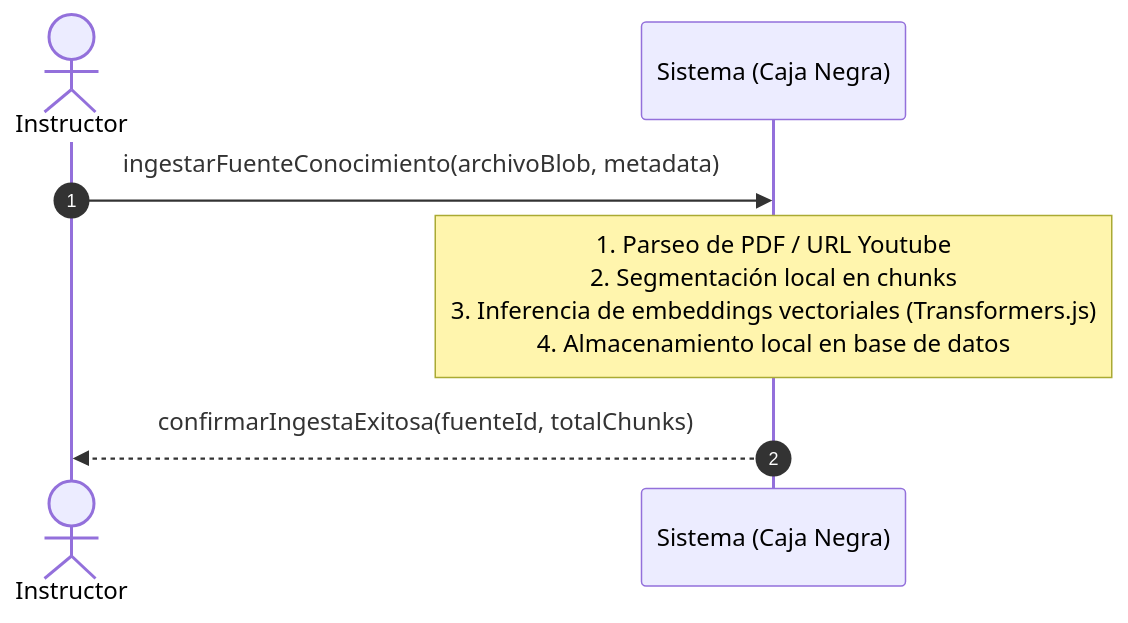
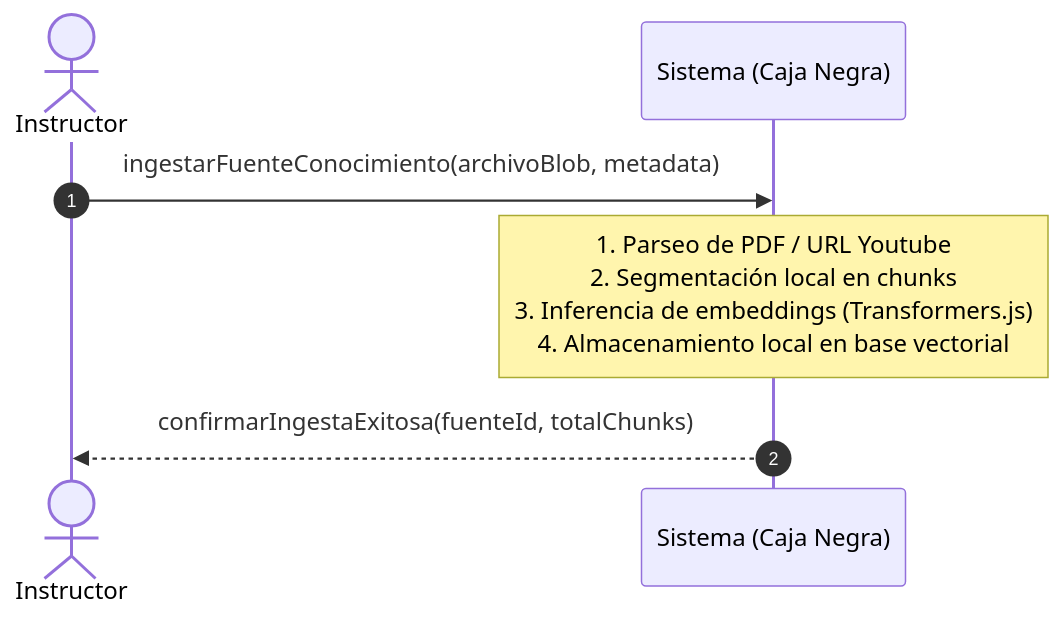
One commit to Tsmrain/Documentacion changed the fourth of 11 diagrams in README.md. Above: the diagram before and after it, drawn with Mermaid. The commit also changed other lines of this file, not shown here.

Commit message:
docs: refine documentation to clarify RAG implementation, pedagogy, and system architecture for OpenBJJ

````diff
--- a/README.md
+++ b/README.md
@@ -777,10 +765,10 @@
 ```mermaid
 sequenceDiagram
     autonumber
     actor Instructor
     participant Sistema as Sistema (Caja Negra)
     
     Instructor->>Sistema: ingestarFuenteConocimiento(archivoBlob, metadata)
-    Note over Sistema: 1. Parseo de PDF / URL Youtube<br/>2. Segmentación local en chunks<br/>3. Inferencia de embeddings vectoriales (Transformers.js)<br/>4. Almacenamiento local en base de datos
+    Note over Sistema: 1. Parseo de PDF / URL Youtube<br/>2. Segmentación local en chunks<br/>3. Inferencia de embeddings (Transformers.js)<br/>4. Almacenamiento local en base vectorial
     Sistema-->>Instructor: confirmarIngestaExitosa(fuenteId, totalChunks)
 ```
````
